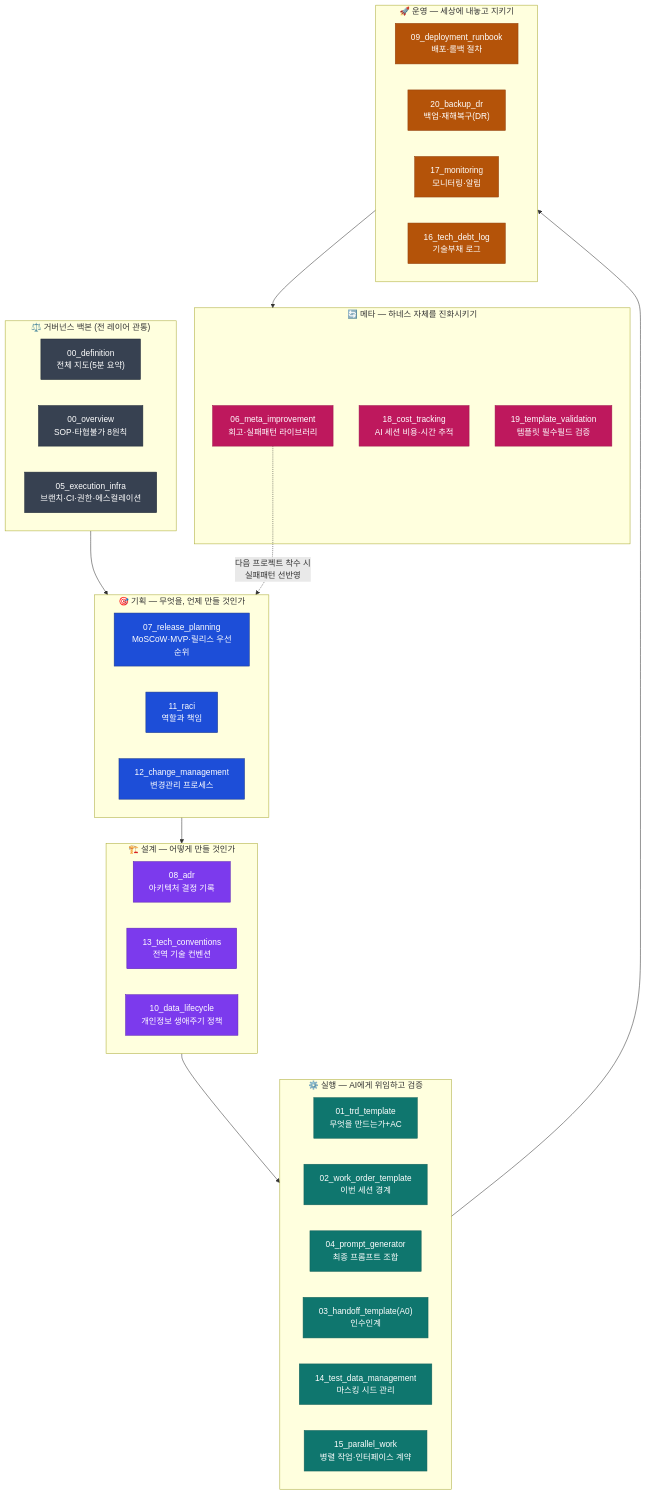
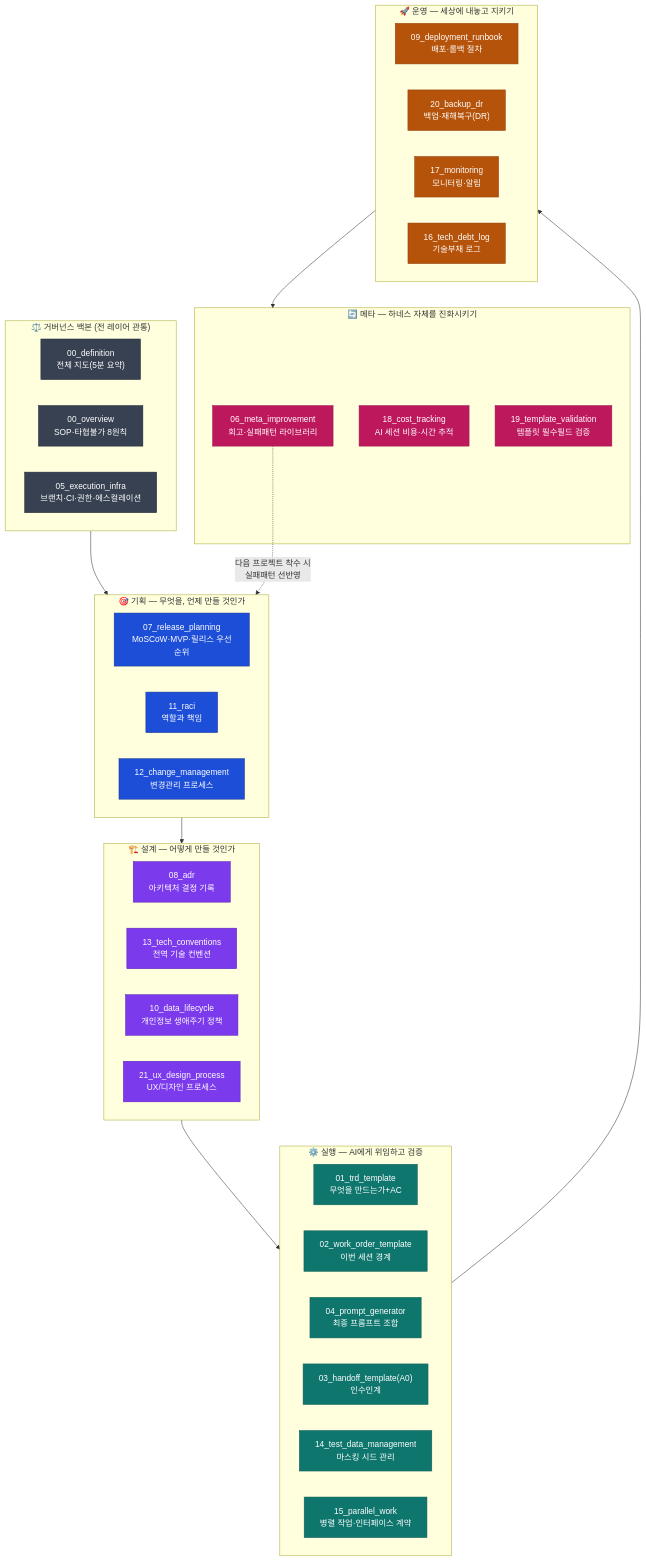
One commit to jcs19752510-ui/HARNESS_BASIC changed the first of 4 diagrams in harness/harness_structure_diagram.md. Above: the diagram before and after it, drawn with Mermaid. The commit also changed other lines of this file and 10 other files, not shown here.

````diff
--- a/harness/harness_structure_diagram.md
+++ b/harness/harness_structure_diagram.md
@@ -15,58 +15,59 @@
 ```mermaid
 flowchart TD
     subgraph BB["⚖️ 거버넌스 백본 (전 레이어 관통)"]
         B1["00_definition<br/>전체 지도(5분 요약)"]
         B2["00_overview<br/>SOP·타협불가 8원칙"]
         B3["05_execution_infra<br/>브랜치·CI·권한·에스컬레이션"]
     end
 
     subgraph L1["🎯 기획 — 무엇을, 언제 만들 것인가"]
         F1["07_release_planning<br/>MoSCoW·MVP·릴리스 우선순위"]
         F2["11_raci<br/>역할과 책임"]
         F3["12_change_management<br/>변경관리 프로세스"]
     end
 
     subgraph L2["🏗️ 설계 — 어떻게 만들 것인가"]
         D1["08_adr<br/>아키텍처 결정 기록"]
         D2["13_tech_conventions<br/>전역 기술 컨벤션"]
         D3["10_data_lifecycle<br/>개인정보 생애주기 정책"]
+        D4["21_ux_design_process<br/>UX/디자인 프로세스"]
     end
 
     subgraph L3["⚙️ 실행 — AI에게 위임하고 검증"]
         E1["01_trd_template<br/>무엇을 만드는가+AC"]
         E2["02_work_order_template<br/>이번 세션 경계"]
         E3["04_prompt_generator<br/>최종 프롬프트 조합"]
         E4["03_handoff_template(A0)<br/>인수인계"]
         E5["14_test_data_management<br/>마스킹 시드 관리"]
         E6["15_parallel_work<br/>병렬 작업·인터페이스 계약"]
     end
 
     subgraph L4["🚀 운영 — 세상에 내놓고 지키기"]
         O1["09_deployment_runbook<br/>배포·롤백 절차"]
         O4["20_backup_dr<br/>백업·재해복구(DR)"]
         O2["17_monitoring<br/>모니터링·알림"]
         O3["16_tech_debt_log<br/>기술부채 로그"]
     end
 
     subgraph L5["🔄 메타 — 하네스 자체를 진화시키기"]
         M1["06_meta_improvement<br/>회고·실패패턴 라이브러리"]
         M2["18_cost_tracking<br/>AI 세션 비용·시간 추적"]
         M3["19_template_validation<br/>템플릿 필수필드 검증"]
     end
 
     BB --> L1 --> L2 --> L3 --> L4 --> L5
     M1 -. "다음 프로젝트 착수 시<br/>실패패턴 선반영" .-> L1
 
     classDef backbone fill:#374151,color:#fff,stroke:#1f2937
     classDef plan fill:#1d4ed8,color:#fff,stroke:#1e3a8a
     classDef design fill:#7c3aed,color:#fff,stroke:#5b21b6
     classDef exec fill:#0f766e,color:#fff,stroke:#115e59
     classDef ops fill:#b45309,color:#fff,stroke:#92400e
     classDef meta fill:#be185d,color:#fff,stroke:#9d174d
     class B1,B2,B3 backbone
     class F1,F2,F3 plan
-    class D1,D2,D3 design
+    class D1,D2,D3,D4 design
     class E1,E2,E3,E4,E5,E6 exec
     class O1,O2,O3,O4 ops
     class M1,M2,M3 meta
 ```
````
